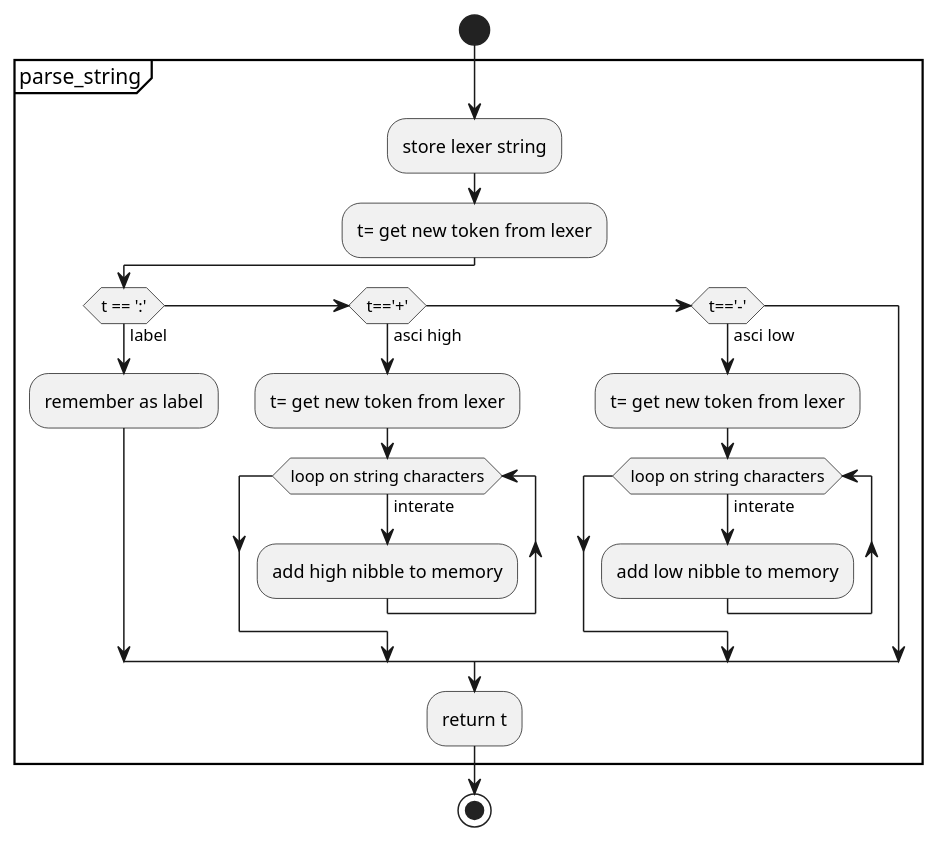
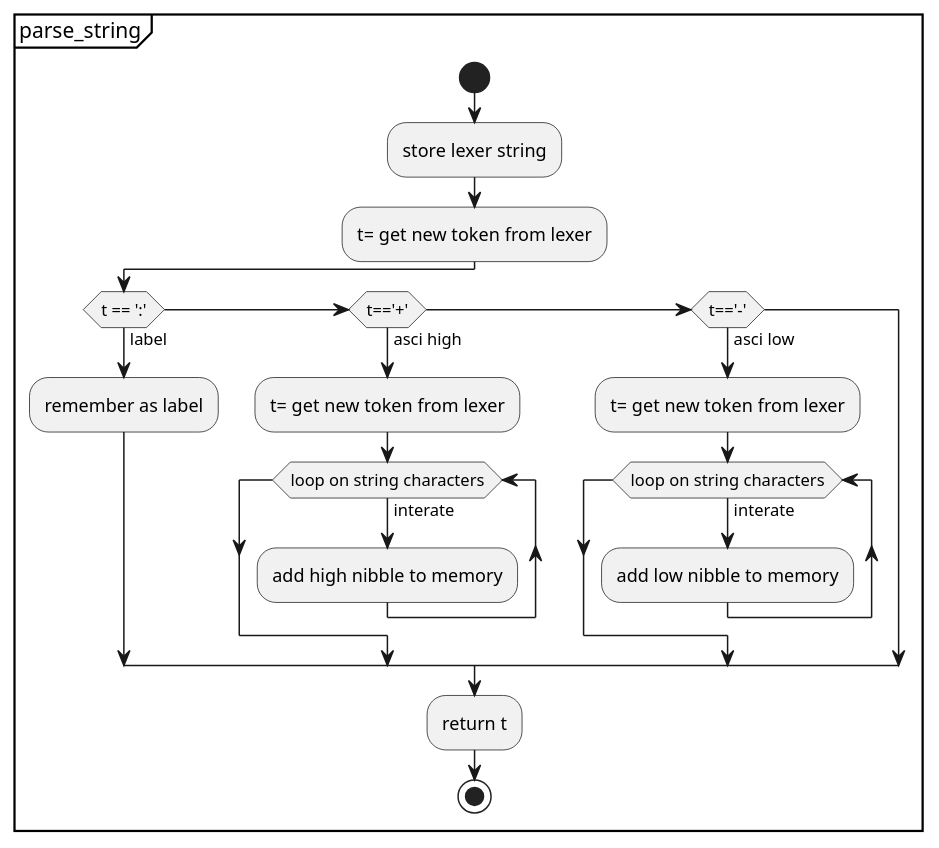
The diagram in doc/parse_string.puml (bfarago/bjtcputoolchain), drawn with PlantUML before and after one commit.

```diff
--- a/doc/parse_string.puml
+++ b/doc/parse_string.puml
@@ -1,24 +1,24 @@
 @startuml
-start
 partition "parse_string" {
+ start
  :store lexer string;
  :t= get new token from lexer;
  if (t == ':') then (label)
    :remember as label;
  elseif (t=='+') then (asci high)
   :t= get new token from lexer;
   while (loop on string characters)
     ->interate;
     :add high nibble to memory;
   endwhile
  elseif (t=='-') then (asci low)
   :t= get new token from lexer;
   while (loop on string characters)
     ->interate;
     :add low nibble to memory;
   endwhile
  endif
  :return t;
+ stop
 }
-stop
 @enduml
```
